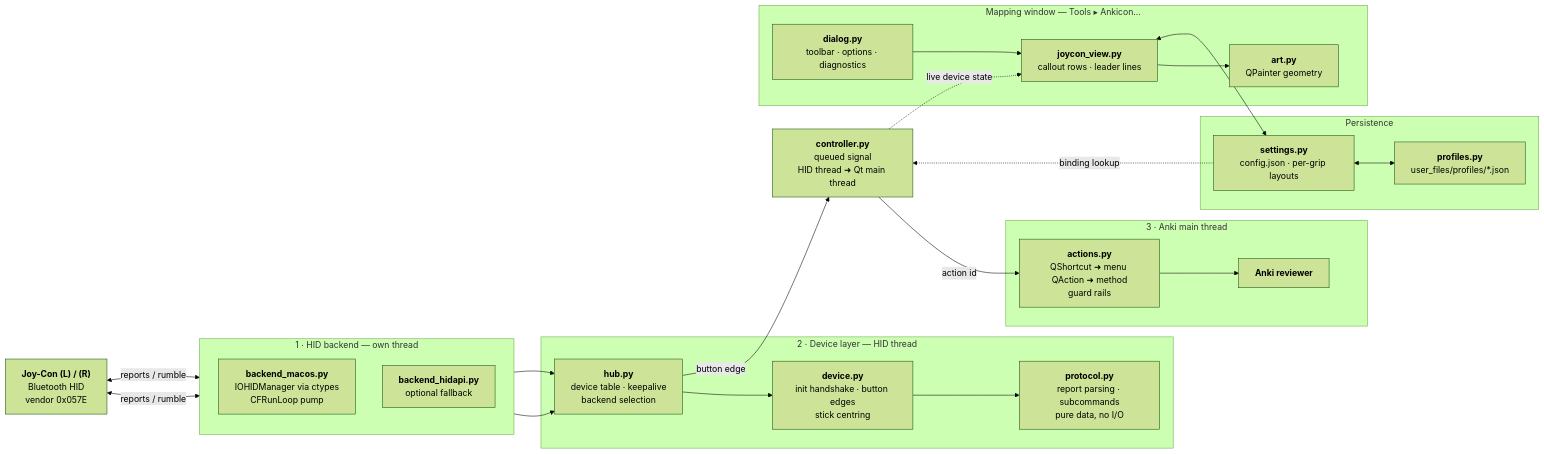
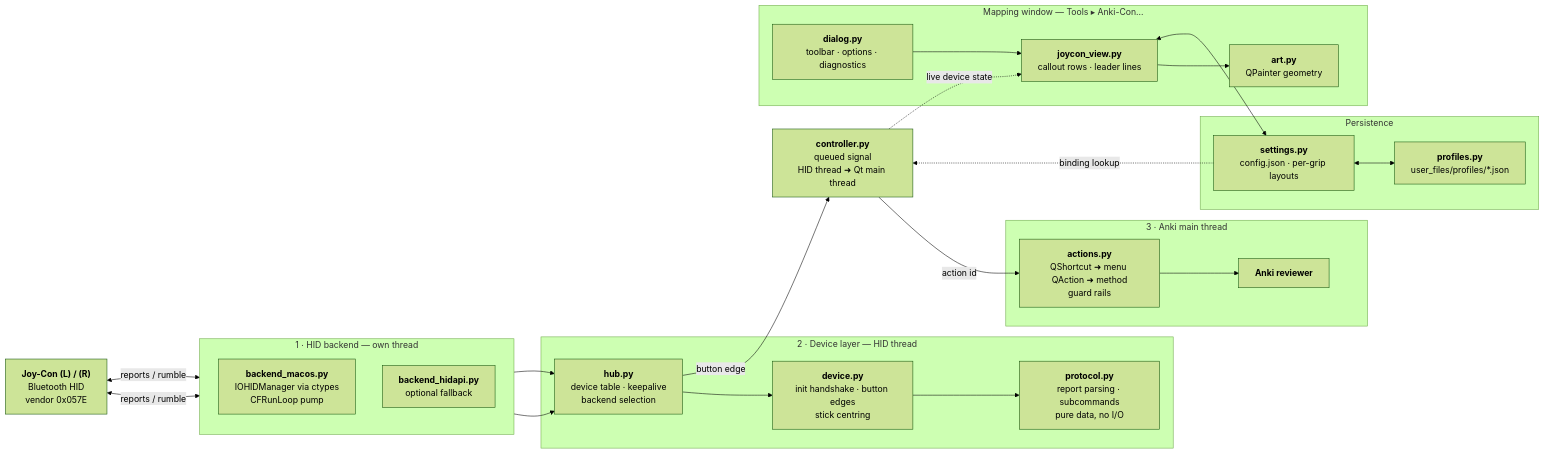
One commit to Jagaller/Anki-Con changed the diagram in README.md. Above: the diagram before and after it, drawn with Mermaid (forest theme). The commit also changed other lines of this file and 16 other files, not shown here.

````diff
--- a/README.md
+++ b/README.md
@@ -291,48 +209,48 @@
 ```mermaid
 flowchart LR
     HW["<b>Joy-Con (L) / (R)</b><br/>Bluetooth HID<br/>vendor 0x057E"]
 
     subgraph S1 ["1 · HID backend — own thread"]
         direction TB
         MAC["<b>backend_macos.py</b><br/>IOHIDManager via ctypes<br/>CFRunLoop pump"]
         HIDAPI["<b>backend_hidapi.py</b><br/>optional fallback"]
     end
 
     subgraph S2 ["2 · Device layer — HID thread"]
         HUB["<b>hub.py</b><br/>device table · keepalive<br/>backend selection"]
         DEV["<b>device.py</b><br/>init handshake · button edges<br/>stick centring"]
         PROTO["<b>protocol.py</b><br/>report parsing · subcommands<br/>pure data, no I/O"]
         HUB --> DEV --> PROTO
     end
 
     BRIDGE["<b>controller.py</b><br/>queued signal<br/>HID thread ➜ Qt main thread"]
 
     subgraph S3 ["3 · Anki main thread"]
         ACT["<b>actions.py</b><br/>QShortcut ➜ menu QAction ➜ method<br/>guard rails"]
         REV["<b>Anki reviewer</b>"]
         ACT --> REV
     end
 
-    subgraph S4 ["Mapping window — Tools ▸ Ankicon…"]
+    subgraph S4 ["Mapping window — Tools ▸ Anki-Con…"]
         DLG["<b>dialog.py</b><br/>toolbar · options · diagnostics"]
         VIEW["<b>joycon_view.py</b><br/>callout rows · leader lines"]
         ART["<b>art.py</b><br/>QPainter geometry"]
         DLG --> VIEW --> ART
     end
 
     subgraph S5 ["Persistence"]
         SET["<b>settings.py</b><br/>config.json · per-grip layouts"]
         PROF["<b>profiles.py</b><br/>user_files/profiles/*.json"]
         SET <--> PROF
     end
 
     HW <-->|"reports / rumble"| MAC
     HW <-->|"reports / rumble"| HIDAPI
     MAC --> HUB
     HIDAPI --> HUB
     HUB -->|"button edge"| BRIDGE
     BRIDGE -->|"action id"| ACT
     BRIDGE -.->|"live device state"| VIEW
     VIEW <--> SET
     SET -.->|"binding lookup"| BRIDGE
 ```
````
